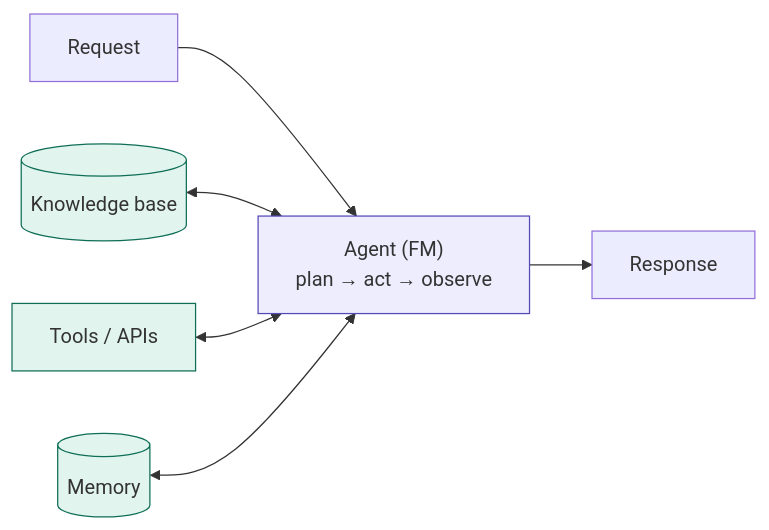
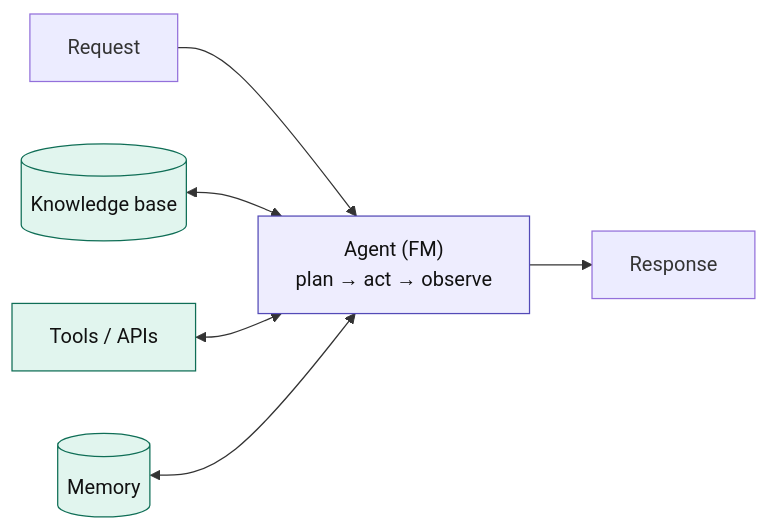
The second of 4 diagrams in sections/03-core-patterns.md (kkadapa/ai-architecture-primer), drawn with Mermaid before and after one commit. The commit also changed other lines of this file and 6 other files, not shown here.

First line of the commit message:
Fix Mermaid dark-mode contrast and add diagram previews to README

````diff
--- a/sections/03-core-patterns.md
+++ b/sections/03-core-patterns.md
@@ -49,13 +49,13 @@
 ```mermaid
 flowchart LR
     REQ["Request"] --> AGENT["Agent (FM)\nplan → act → observe"]
     AGENT --> RESP["Response"]
     KB[("Knowledge base")] <--> AGENT
     TOOLS["Tools / APIs"] <--> AGENT
     MEM[("Memory")] <--> AGENT
 
-    style AGENT fill:#EEEDFE,stroke:#534AB7,stroke-width:1px
-    style KB fill:#E1F5EE,stroke:#0F6E56,stroke-width:1px
-    style TOOLS fill:#E1F5EE,stroke:#0F6E56,stroke-width:1px
-    style MEM fill:#E1F5EE,stroke:#0F6E56,stroke-width:1px
+    style AGENT fill:#EEEDFE,stroke:#534AB7,stroke-width:1px,color:#111111
+    style KB fill:#E1F5EE,stroke:#0F6E56,stroke-width:1px,color:#111111
+    style TOOLS fill:#E1F5EE,stroke:#0F6E56,stroke-width:1px,color:#111111
+    style MEM fill:#E1F5EE,stroke:#0F6E56,stroke-width:1px,color:#111111
 ```
````
